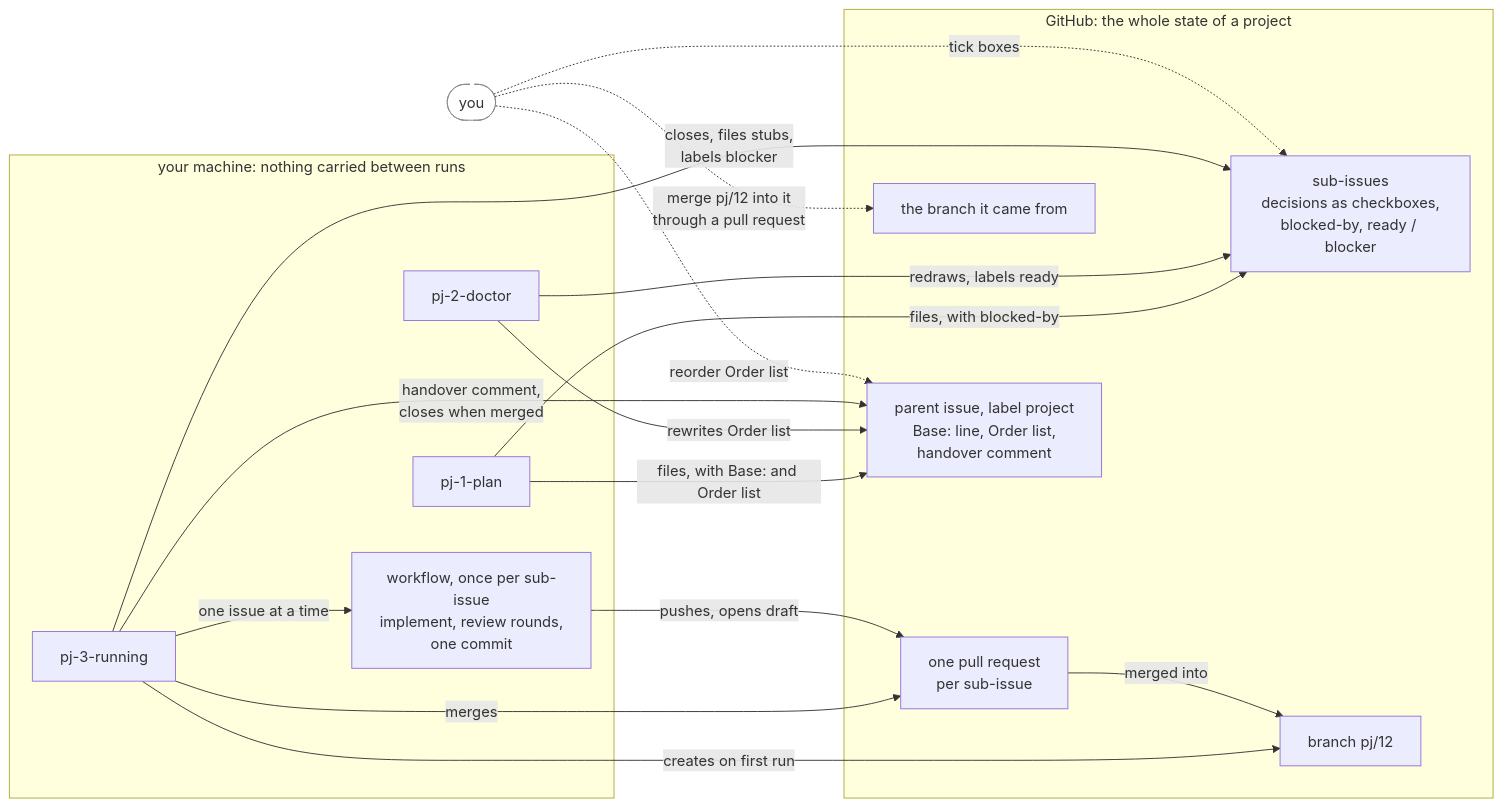
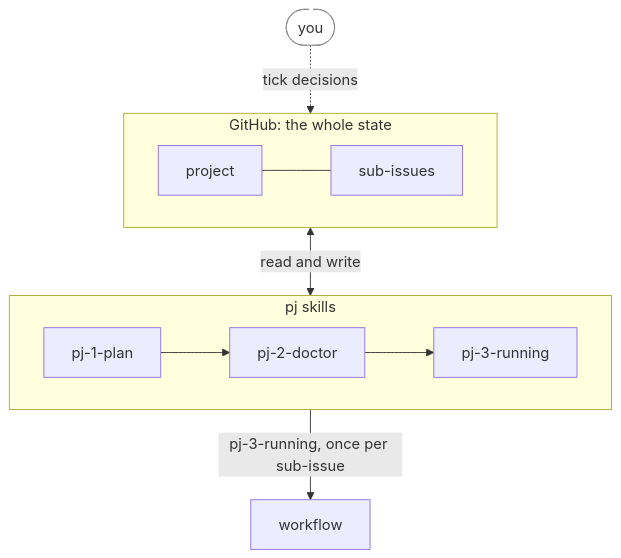
One commit to annetaan/claude-plugins changed the first of 4 diagrams in plugins/annetaan/README.md. Above: the diagram before and after it, drawn with Mermaid. The commit also changed other lines of this file, not shown here.

Commit message:
docs: simplify the overview diagram to the pj skills, the project and its sub-issues

````diff
--- a/plugins/annetaan/README.md
+++ b/plugins/annetaan/README.md
@@ -61,34 +61,18 @@
 ```mermaid
-flowchart LR
-    subgraph local["your machine: nothing carried between runs"]
-        plan["pj-1-plan"]
-        doctor["pj-2-doctor"]
-        running["pj-3-running"]
-        wf["workflow, once per sub-issue<br/>implement, review rounds,<br/>one commit"]
-        running -->|"one issue at a time"| wf
+flowchart TB
+    you(["you"])
+    subgraph gh["GitHub: the whole state"]
+        direction LR
+        project["project"] --- subs["sub-issues"]
     end
-    subgraph gh["GitHub: the whole state of a project"]
-        parent["parent issue, label project<br/>Base: line, Order list,<br/>handover comment"]
-        subs["sub-issues<br/>decisions as checkboxes,<br/>blocked-by, ready / blocker"]
-        prs["one pull request<br/>per sub-issue"]
-        base["branch pj/12"]
-        from["the branch it came from"]
+    subgraph pj["pj skills"]
+        direction LR
+        plan["pj-1-plan"] --> doctor["pj-2-doctor"] --> running["pj-3-running"]
     end
-    parent ~~~ subs
-    you(["you"])
-    plan -->|"files, with Base: and Order list"| parent
-    plan -->|"files, with blocked-by"| subs
-    doctor -->|"rewrites Order list"| parent
-    doctor -->|"redraws, labels ready"| subs
-    running -->|"creates on first run"| base
-    running -->|"handover comment,<br/>closes when merged"| parent
-    running -->|"closes, files stubs,<br/>labels blocker"| subs
-    running -->|"merges"| prs
-    wf -->|"pushes, opens draft"| prs
-    prs -->|"merged into"| base
-    you -.->|"tick boxes"| subs
-    you -.->|"reorder Order list"| parent
-    you -.->|"merge pj/12 into it<br/>through a pull request"| from
+    wf["workflow"]
+    you -.->|"tick decisions"| gh
+    gh <-->|"read and write"| pj
+    pj -->|"pj-3-running, once per sub-issue"| wf
     classDef human fill:#fff,stroke:#888,stroke-dasharray: 5 5
     class you human
 ```
````
